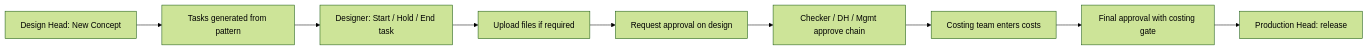
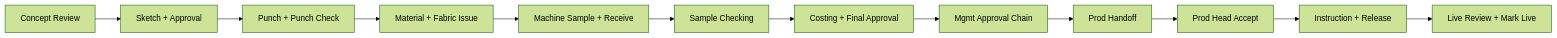
One commit to web5kriraai/decent-erp changed the diagram in README.md. Above: the diagram before and after it, drawn with Mermaid (forest theme). The commit also changed other lines of this file and 108 other files, not shown here.

First line of the commit message:
feat: enhance design workflow and task management with new features

````diff
--- a/README.md
+++ b/README.md
@@ -198,11 +199,14 @@
 ```mermaid
 flowchart LR
-  A[Design Head: New Concept] --> B[Tasks generated from pattern]
-  B --> C[Designer: Start / Hold / End task]
-  C --> D[Upload files if required]
-  D --> E[Request approval on design]
-  E --> F[Checker / DH / Mgmt approve chain]
-  F --> G[Costing team enters costs]
-  G --> H[Final approval with costing gate]
-  H --> I[Production Head: release]
+  A[Concept Review] --> B[Sketch + Approval]
+  B --> C[Punch + Punch Check]
+  C --> D[Material + Fabric Issue]
+  D --> E[Machine Sample + Receive]
+  E --> F[Sample Checking]
+  F --> G[Costing + Final Approval]
+  G --> H[Mgmt Approval Chain]
+  H --> I[Prod Handoff]
+  I --> J[Prod Head Accept]
+  J --> K[Instruction + Release]
+  K --> L[Live Review + Mark Live]
 ```
````
